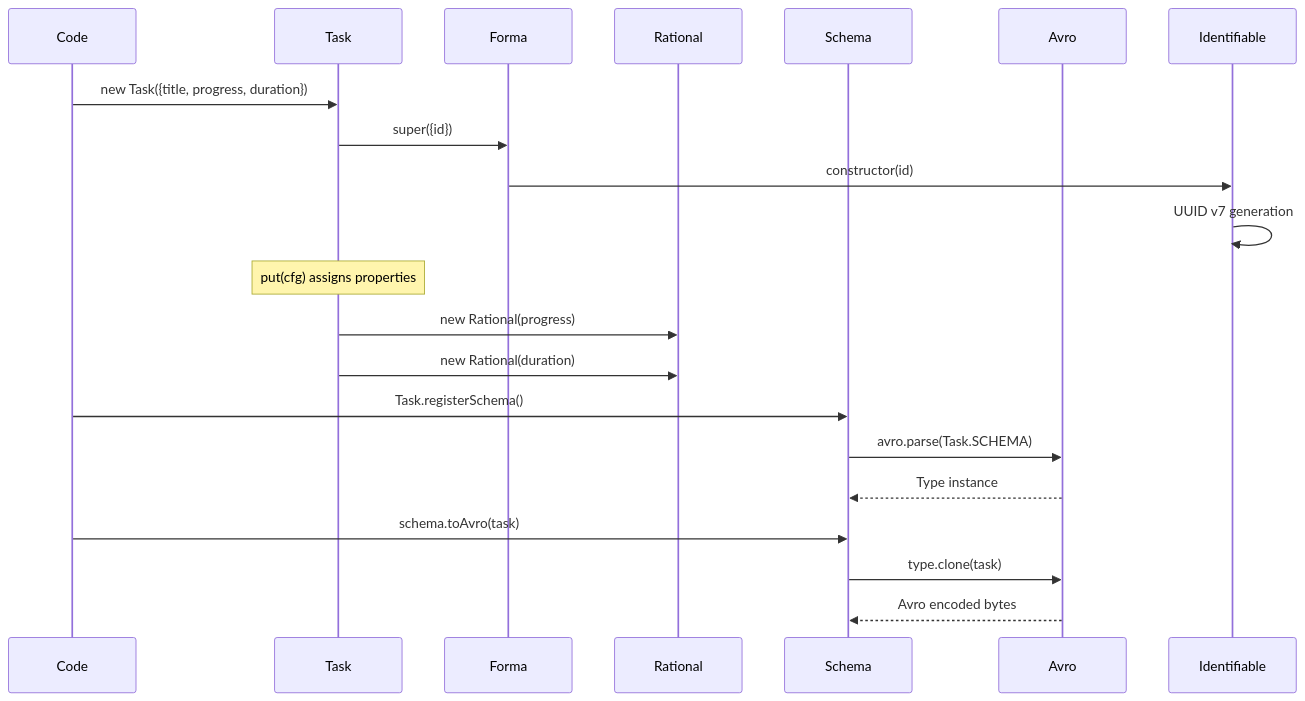
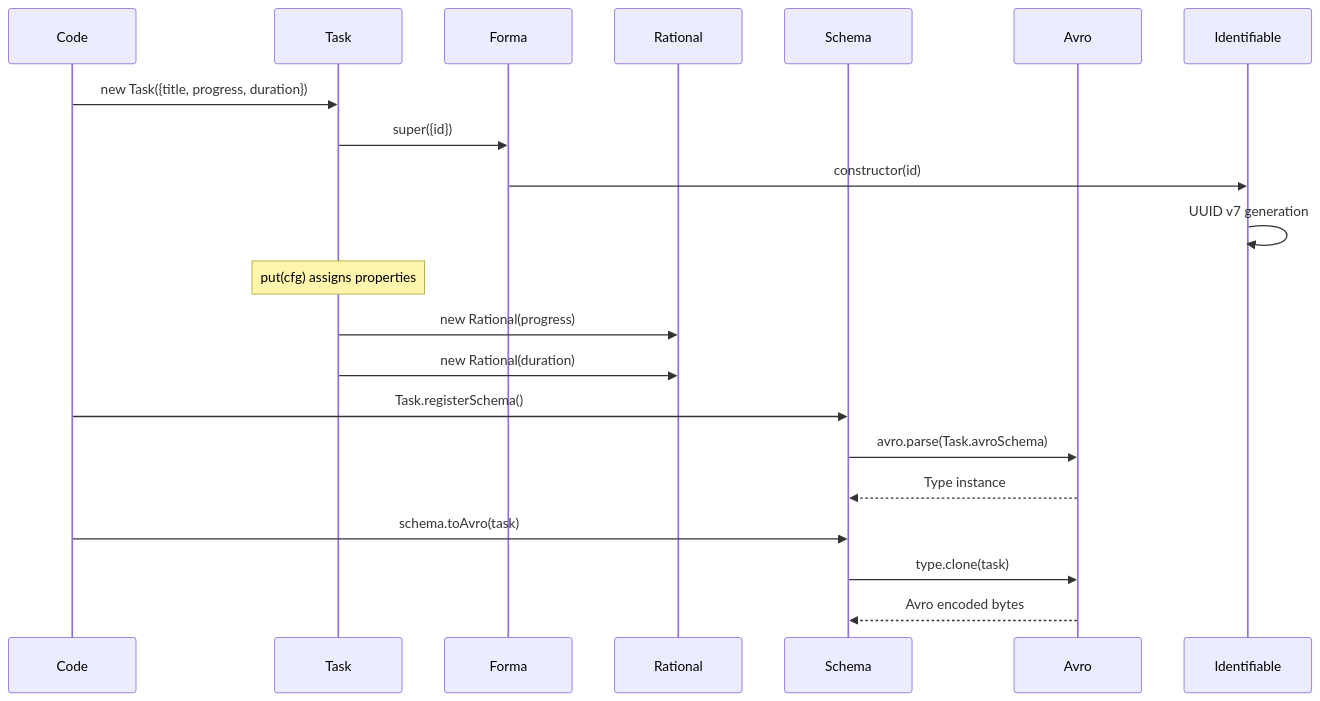
Before and after one commit to sc-voice/nx-scv: the diagram in pkg/nameforma/doc/task.md, drawn with Mermaid. The commit also changed 28 other files, not shown here.

````diff
--- a/pkg/nameforma/doc/task.md
+++ b/pkg/nameforma/doc/task.md
@@ -28,26 +28,26 @@
 ```mermaid
 sequenceDiagram
     participant Code
     participant Task
     participant Forma
     participant Rational
     participant Schema
     participant Avro
 
     Code->>Task: new Task({title, progress, duration})
     Task->>Forma: super({id})
     Forma->>Identifiable: constructor(id)
     Identifiable->>Identifiable: UUID v7 generation
 
     Note over Task: put(cfg) assigns properties
     Task->>Rational: new Rational(progress)
     Task->>Rational: new Rational(duration)
 
     Code->>Schema: Task.registerSchema()
-    Schema->>Avro: avro.parse(Task.SCHEMA)
+    Schema->>Avro: avro.parse(Task.avroSchema)
     Avro-->>Schema: Type instance
 
     Code->>Schema: schema.toAvro(task)
     Schema->>Avro: type.clone(task)
     Avro-->>Schema: Avro encoded bytes
 ```
````
